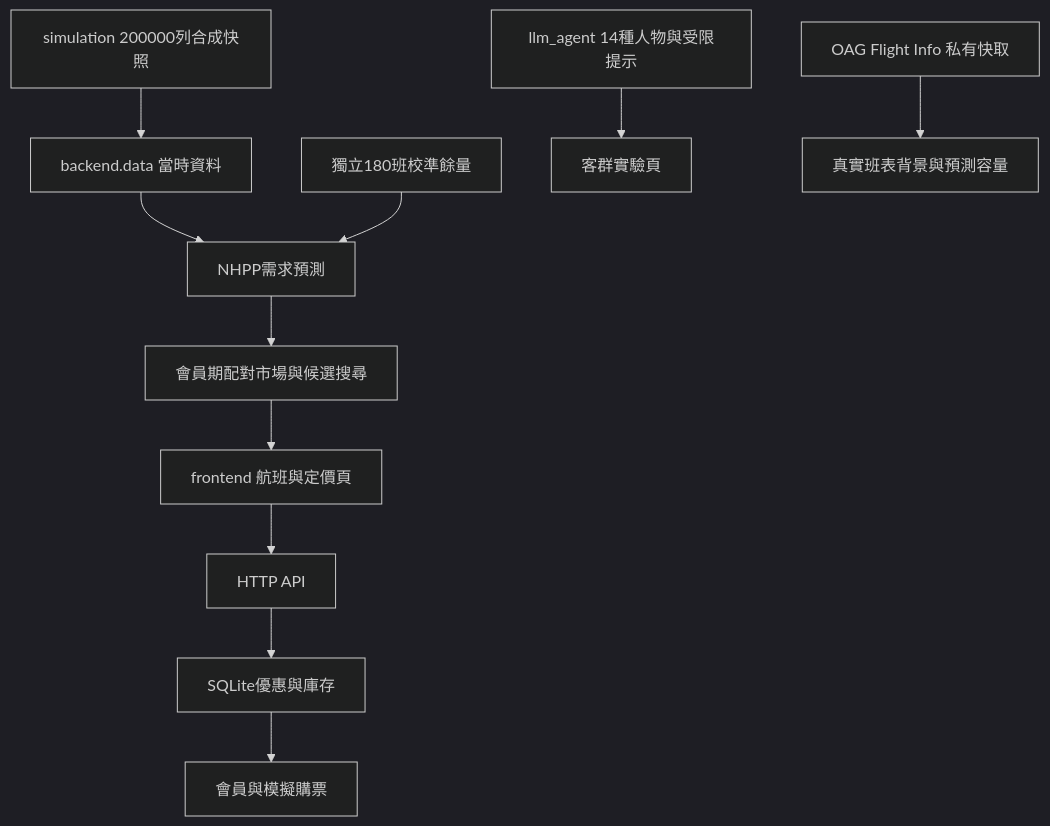
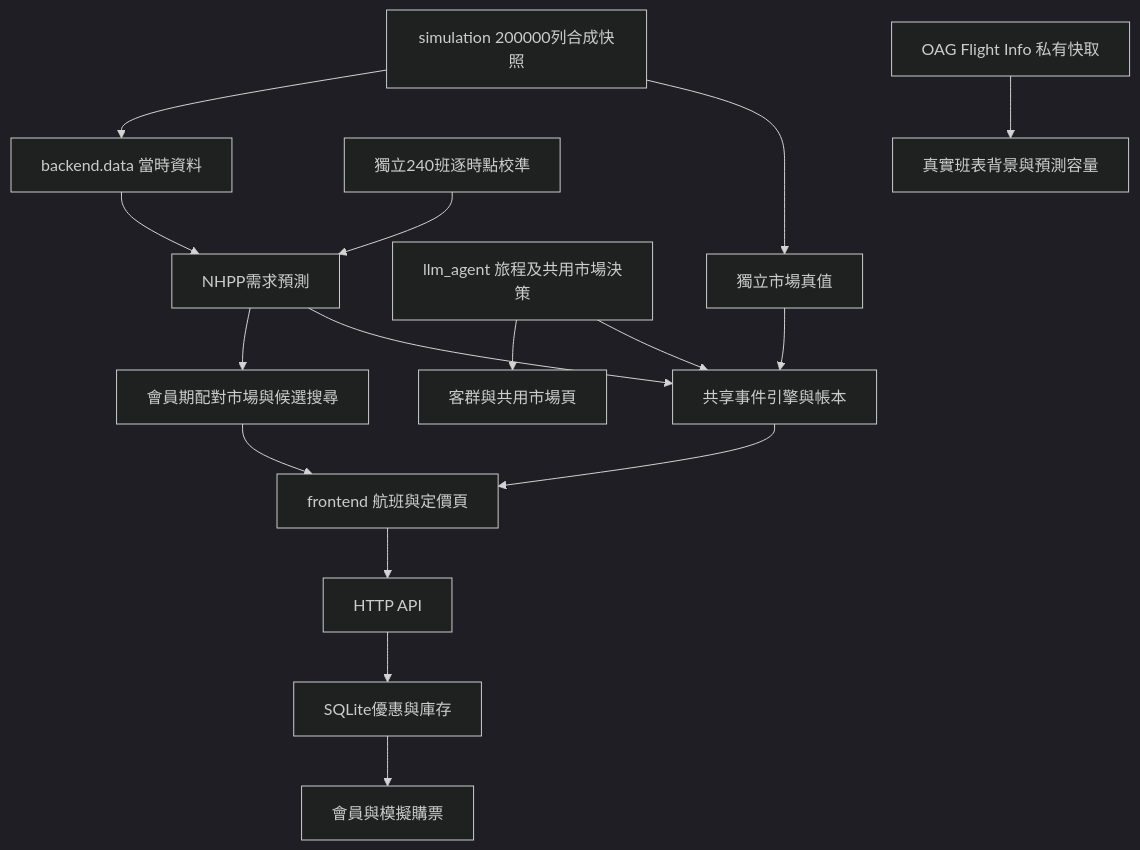
One commit to Horse-MA00/E117-AirplaneCPU changed the diagram in docs/CURRENT_IMPLEMENTATION.md. Above: the diagram before and after it, drawn with Mermaid (dark theme). The commit also changed other lines of this file and 70 other files, not shown here.

````diff
--- a/docs/CURRENT_IMPLEMENTATION.md
+++ b/docs/CURRENT_IMPLEMENTATION.md
@@ -7,13 +7,18 @@
 ```mermaid
 flowchart TD
     S[simulation 200000列合成快照] --> D[backend.data 當時資料]
     D --> N[NHPP需求預測]
-    C[獨立180班校準餘量] --> N
+    C[獨立240班逐時點校準] --> N
     N --> P[會員期配對市場與候選搜尋]
     P --> F[frontend 航班與定價頁]
-    L[llm_agent 14種人物與受限提示] --> U[客群實驗頁]
+    L[llm_agent 旅程及共用市場決策] --> U[客群與共用市場頁]
+    L --> W[共享事件引擎與帳本]
+    N --> W
+    S --> T[獨立市場真值]
+    T --> W
+    W --> F
     F --> A[HTTP API]
     A --> Q[SQLite優惠與庫存]
     Q --> M[會員與模擬購票]
     O[OAG Flight Info 私有快取] --> B[真實班表背景與預測容量]
 ```
````
